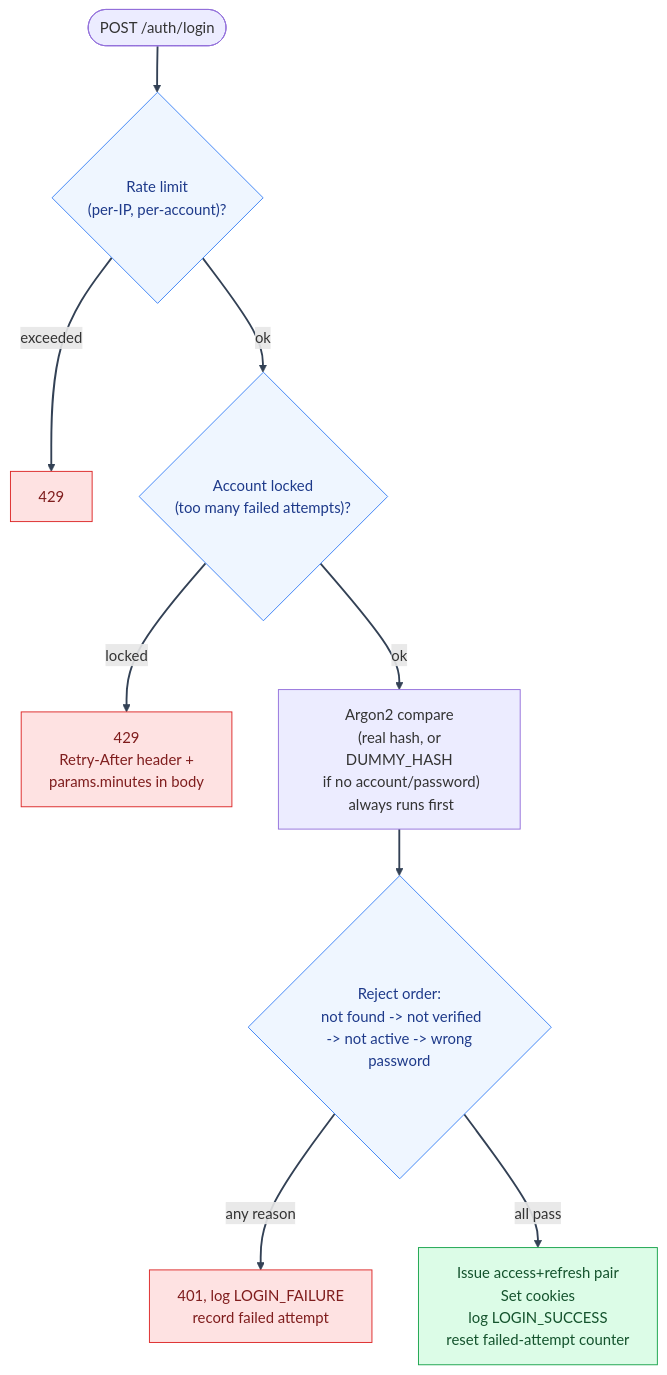
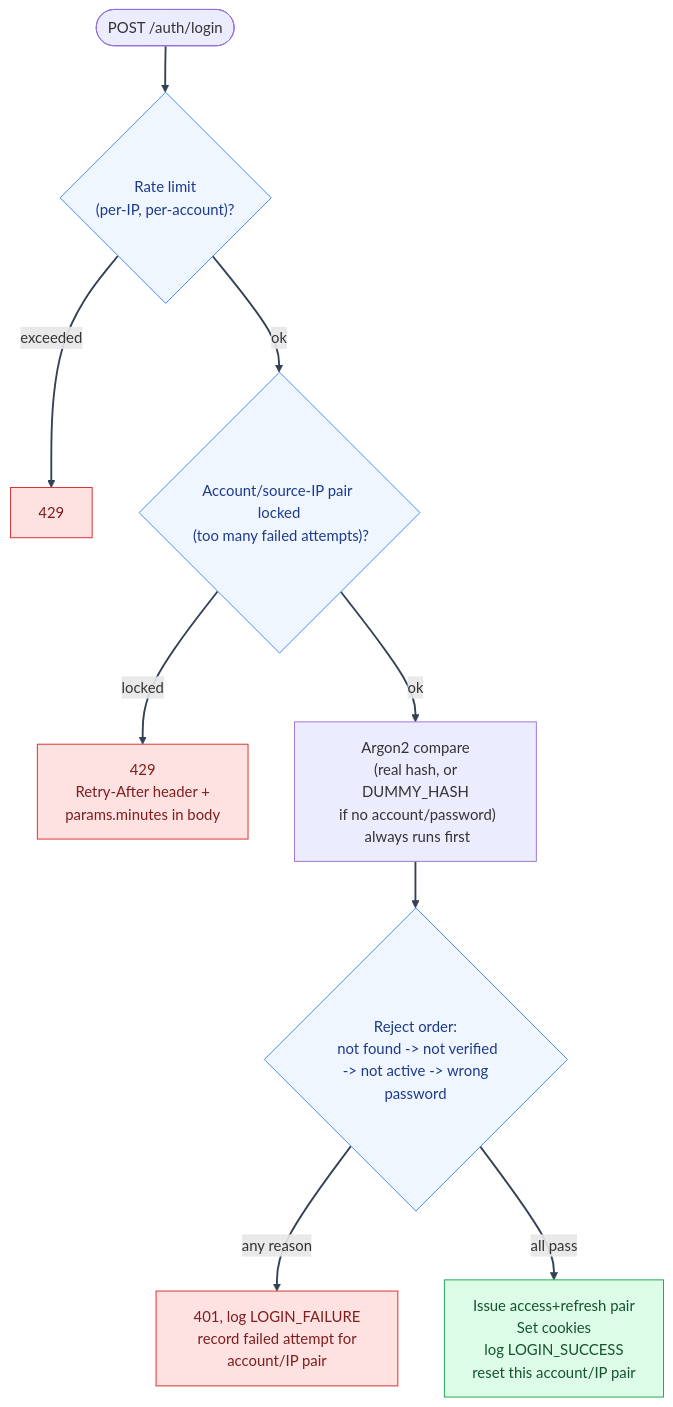
The diagram in docs/mystic_auth/authentication/login.md (Nachiket-2024/mystic-auth), drawn with Mermaid before and after one commit. The commit also changed other lines of this file and 497 other files, not shown here.

````diff
--- a/docs/mystic_auth/authentication/login.md
+++ b/docs/mystic_auth/authentication/login.md
@@ -24,19 +24,19 @@
 ```mermaid
 %%{init: {"themeVariables": {"lineColor": "#334155"}} }%%
 flowchart TD
     Start(["POST /auth/login"]) --> RL{"Rate limit\n (per-IP, per-account)?"}
     RL -- "exceeded" --> R429["429"]
-    RL -- "ok" --> LK{"Account locked\n (too many failed attempts)?"}
+    RL -- "ok" --> LK{"Account/source-IP pair locked\n (too many failed attempts)?"}
     LK -- "locked" --> L429["429\n Retry-After header +\n params.minutes in body"]
     LK -- "ok" --> Hash["Argon2 compare\n (real hash, or DUMMY_HASH\n if no account/password)\n always runs first"]
     Hash --> Order{"Reject order:\n not found -> not verified\n -> not active -> wrong password"}
-    Order -- "any reason" --> Fail["401, log LOGIN_FAILURE\n record failed attempt"]
-    Order -- "all pass" --> Success["Issue access+refresh pair\n Set cookies\n log LOGIN_SUCCESS\n reset failed-attempt counter"]
+    Order -- "any reason" --> Fail["401, log LOGIN_FAILURE\n record failed attempt for account/IP pair"]
+    Order -- "all pass" --> Success["Issue access+refresh pair\n Set cookies\n log LOGIN_SUCCESS\n reset this account/IP pair"]
     classDef success fill:#dcfce7,stroke:#16a34a,color:#14532d
     classDef blocked fill:#fee2e2,stroke:#dc2626,color:#7f1d1d
     classDef decision fill:#eff6ff,stroke:#3b82f6,color:#1e3a8a
     class Success success
     class R429,L429,Fail blocked
     class RL,LK,Order decision
     linkStyle default stroke:#334155,stroke-width:2px
 ```
````
